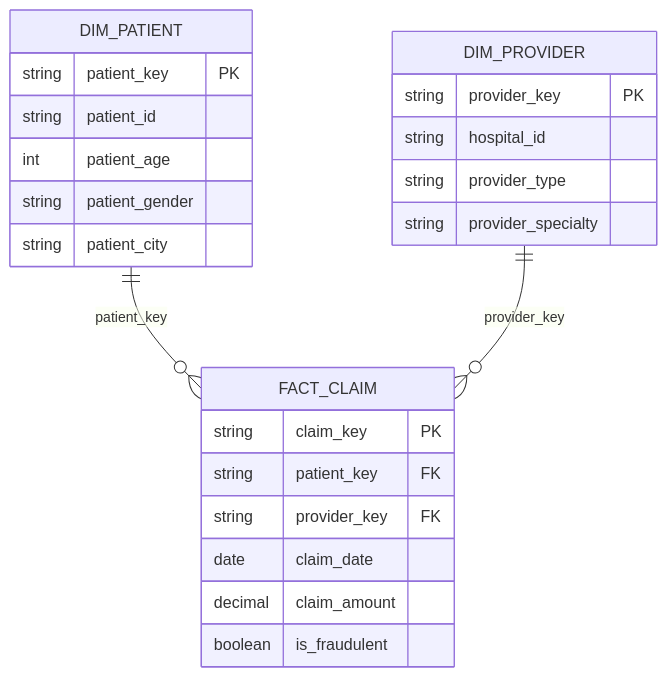
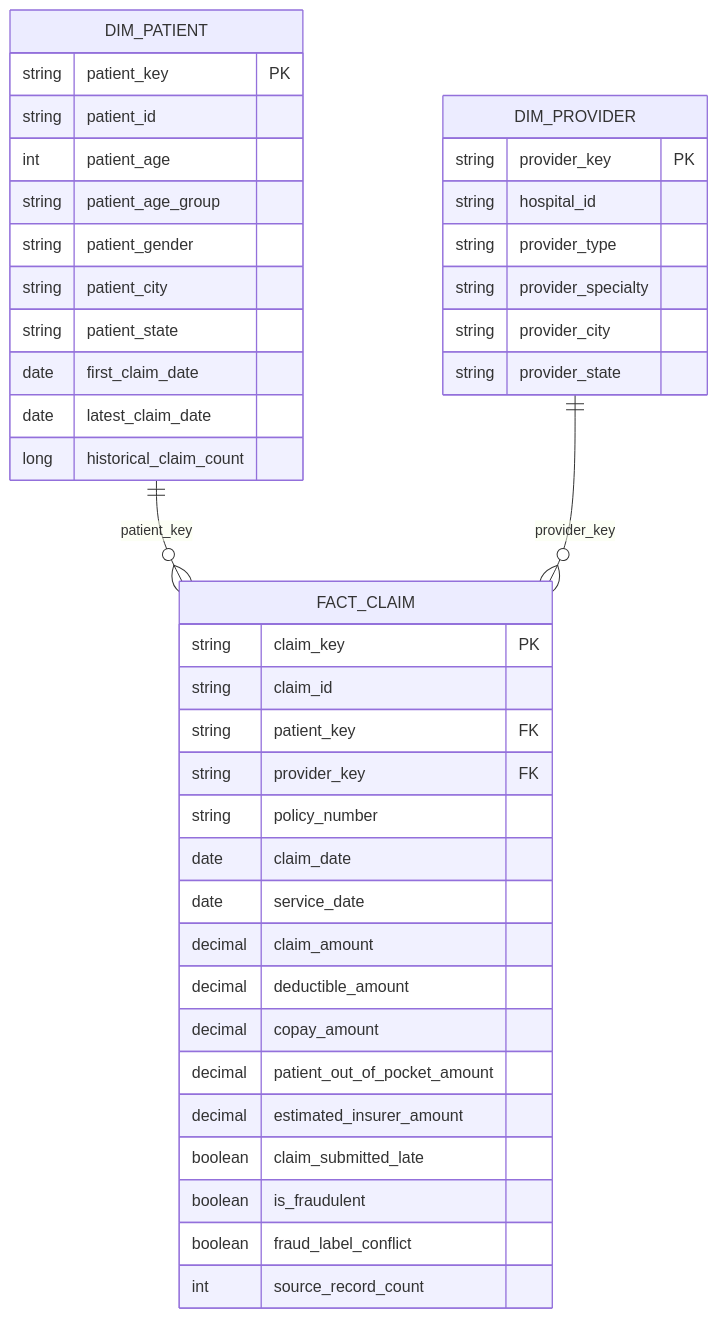
Before and after one commit to jprool/Khaoula-healthy-insuarance-project: the fourth of 8 diagrams in README.md, drawn with Mermaid. The commit also changed other lines of this file and 1 other file, not shown here.

````diff
--- a/README.md
+++ b/README.md
@@ -238,30 +532,48 @@
 ```mermaid
 erDiagram
 
     DIM_PATIENT ||--o{ FACT_CLAIM : patient_key
+
     DIM_PROVIDER ||--o{ FACT_CLAIM : provider_key
 
     DIM_PATIENT {
         string patient_key PK
         string patient_id
         int patient_age
+        string patient_age_group
         string patient_gender
         string patient_city
+        string patient_state
+        date first_claim_date
+        date latest_claim_date
+        long historical_claim_count
     }
 
     DIM_PROVIDER {
         string provider_key PK
         string hospital_id
         string provider_type
         string provider_specialty
+        string provider_city
+        string provider_state
     }
 
     FACT_CLAIM {
         string claim_key PK
+        string claim_id
         string patient_key FK
         string provider_key FK
+        string policy_number
         date claim_date
+        date service_date
         decimal claim_amount
+        decimal deductible_amount
+        decimal copay_amount
+        decimal patient_out_of_pocket_amount
+        decimal estimated_insurer_amount
+        boolean claim_submitted_late
         boolean is_fraudulent
+        boolean fraud_label_conflict
+        int source_record_count
     }
 ```
````
